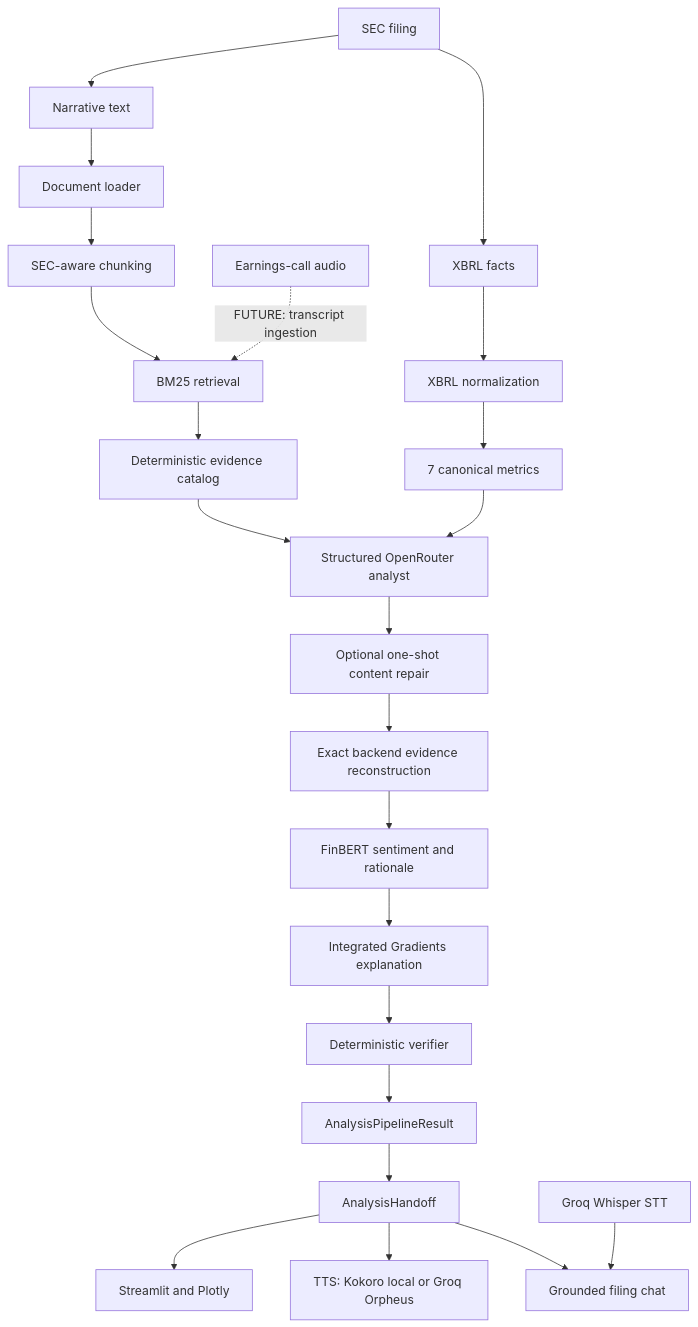
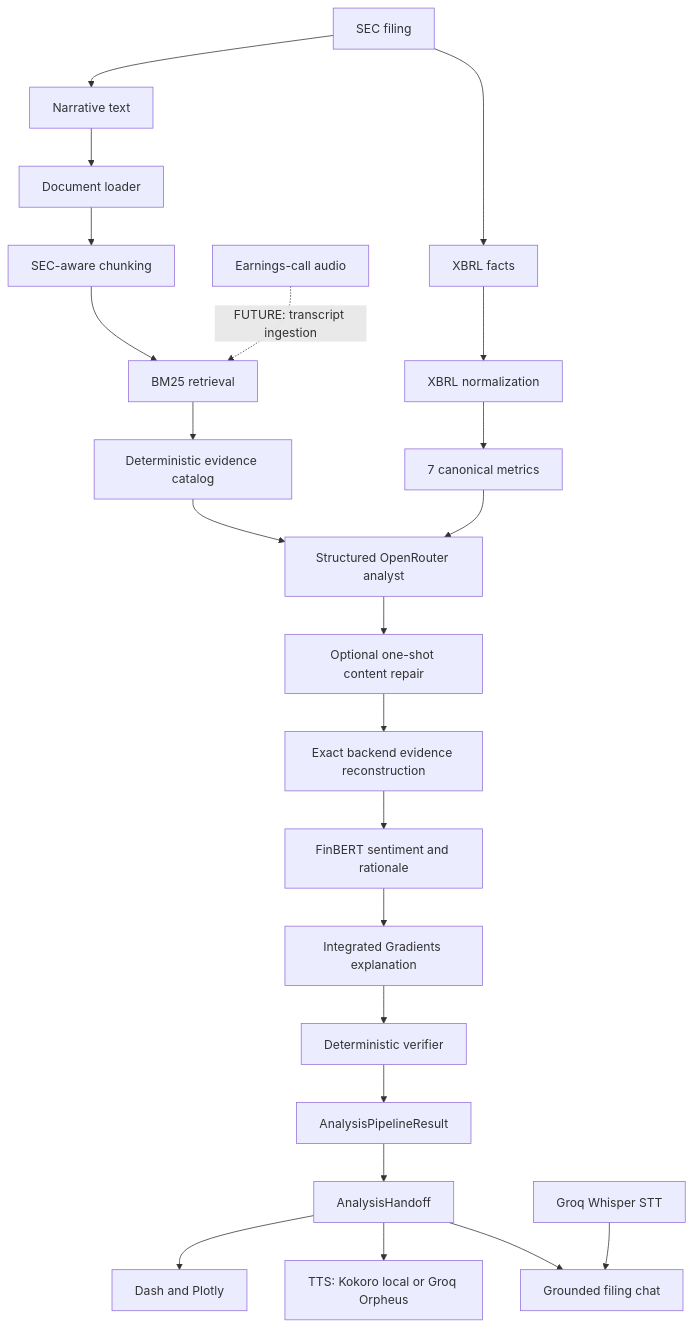
Before and after one commit to marcocorpacriado-pixel/fintech-multimodal-mvp: the diagram in README.md, drawn with Mermaid. The commit also changed other lines of this file and 27 other files, not shown here.

First line of the commit message:
feat: replace Streamlit frontend with Dash

````diff
--- a/README.md
+++ b/README.md
@@ -43,26 +43,26 @@
 ```mermaid
 flowchart TD
     SEC[SEC filing]
     SEC --> Narrative[Narrative text]
     SEC --> XBRL[XBRL facts]
     Narrative --> Loader[Document loader]
     Loader --> Chunker[SEC-aware chunking]
     Chunker --> BM25[BM25 retrieval]
     XBRL --> Normalize[XBRL normalization]
     Normalize --> Metrics[7 canonical metrics]
     BM25 --> Catalog[Deterministic evidence catalog]
     Catalog --> Analyst[Structured OpenRouter analyst]
     Metrics --> Analyst
     Analyst --> Repair[Optional one-shot content repair]
     Repair --> Rebuild[Exact backend evidence reconstruction]
     Rebuild --> FinBERT[FinBERT sentiment and rationale]
     FinBERT --> IG[Integrated Gradients explanation]
     IG --> Verifier[Deterministic verifier]
     Verifier --> Pipeline[AnalysisPipelineResult]
     Pipeline --> Handoff[AnalysisHandoff]
-    Handoff --> UI[Streamlit and Plotly]
+    Handoff --> UI[Dash and Plotly]
     Handoff --> TTS[TTS: Kokoro local or Groq Orpheus]
     Handoff --> Chat[Grounded filing chat]
     STT[Groq Whisper STT] --> Chat
     Earnings[Earnings-call audio] -. FUTURE: transcript ingestion .-> BM25
 ```
````
